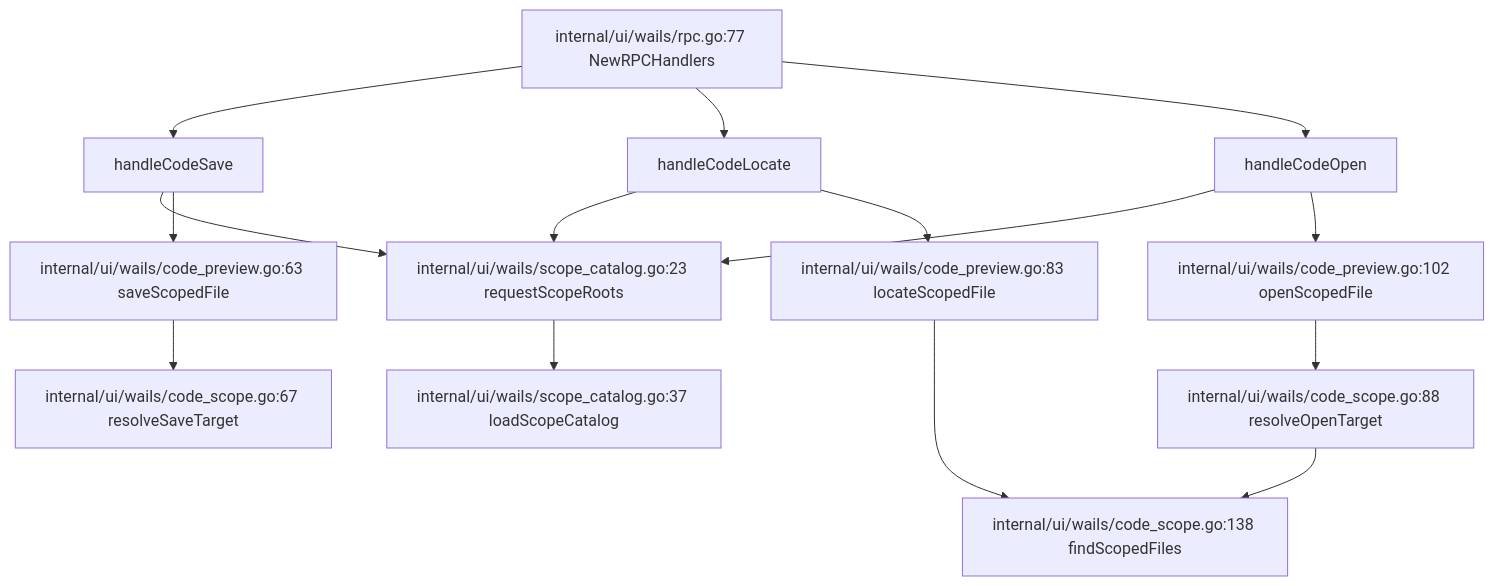
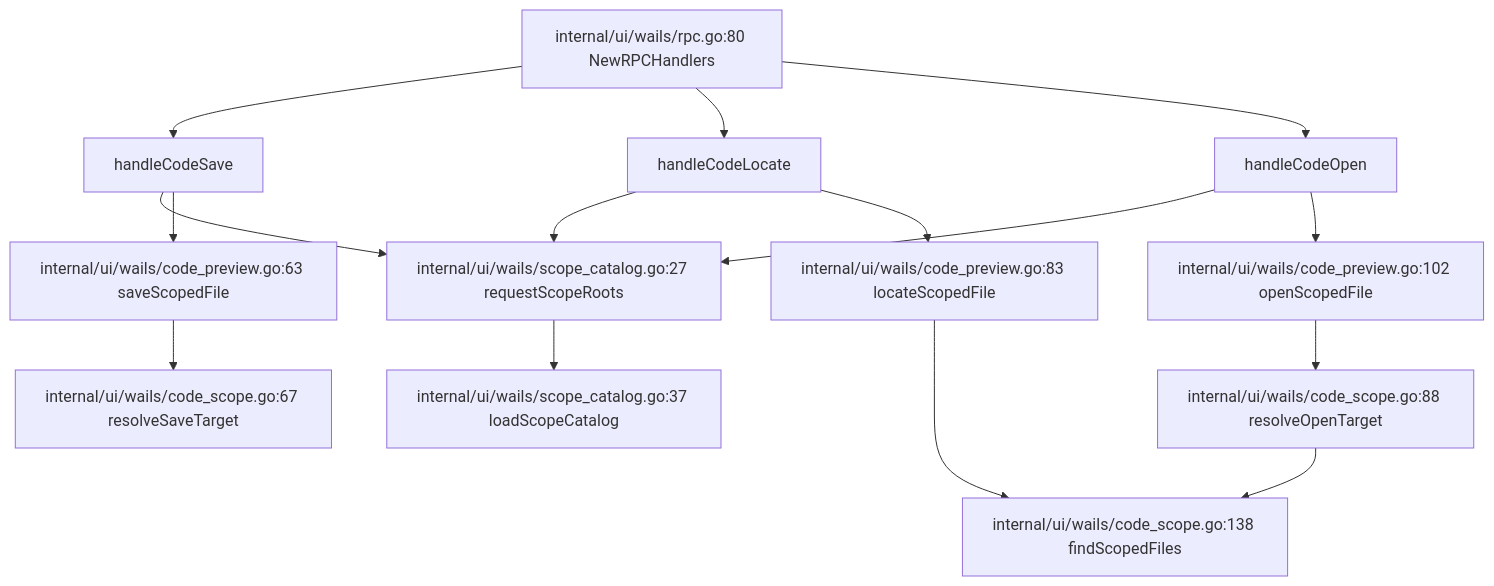
Before and after one commit to lihah111222333-cloud/Super-Dolphin-Agent-Cockpit: the third of 4 diagrams in docs/doc/codemap/01-terminal-ui-go.md, drawn with Mermaid. The commit also changed other lines of this file and 14 other files, not shown here.

````diff
--- a/docs/doc/codemap/01-terminal-ui-go.md
+++ b/docs/doc/codemap/01-terminal-ui-go.md
@@ -244,17 +245,17 @@
 ```mermaid
 graph TD
-    RPC[internal/ui/wails/rpc.go:77 NewRPCHandlers] --> SAVE[handleCodeSave]
+    RPC[internal/ui/wails/rpc.go:80 NewRPCHandlers] --> SAVE[handleCodeSave]
     RPC --> LOCATE[handleCodeLocate]
     RPC --> OPEN[handleCodeOpen]
-    SAVE --> ROOTS[internal/ui/wails/scope_catalog.go:23 requestScopeRoots]
+    SAVE --> ROOTS[internal/ui/wails/scope_catalog.go:27 requestScopeRoots]
     LOCATE --> ROOTS
     OPEN --> ROOTS
     ROOTS --> CATALOG[internal/ui/wails/scope_catalog.go:37 loadScopeCatalog]
     SAVE --> SAVEFILE[internal/ui/wails/code_preview.go:63 saveScopedFile]
     SAVEFILE --> RESOLVESAVE[internal/ui/wails/code_scope.go:67 resolveSaveTarget]
     LOCATE --> LOCATEFILE[internal/ui/wails/code_preview.go:83 locateScopedFile]
     LOCATEFILE --> FIND[internal/ui/wails/code_scope.go:138 findScopedFiles]
     OPEN --> OPENFILE[internal/ui/wails/code_preview.go:102 openScopedFile]
     OPENFILE --> RESOLVEOPEN[internal/ui/wails/code_scope.go:88 resolveOpenTarget]
     RESOLVEOPEN --> FIND
 ```
````
